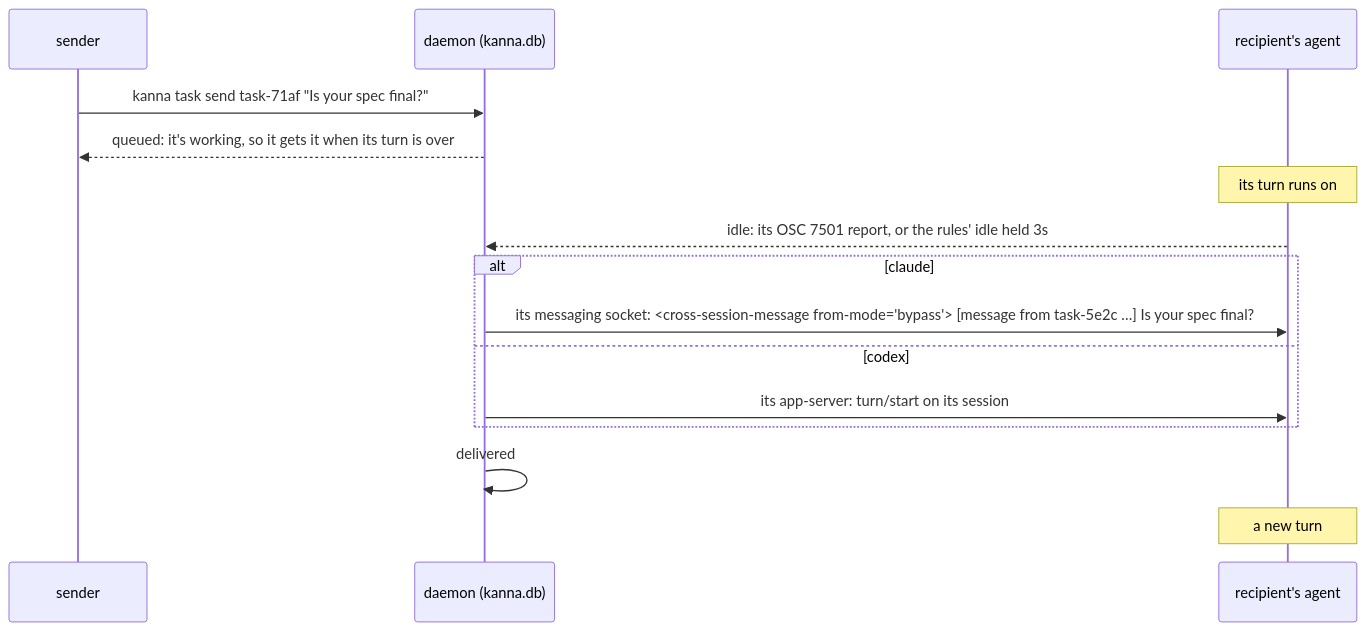
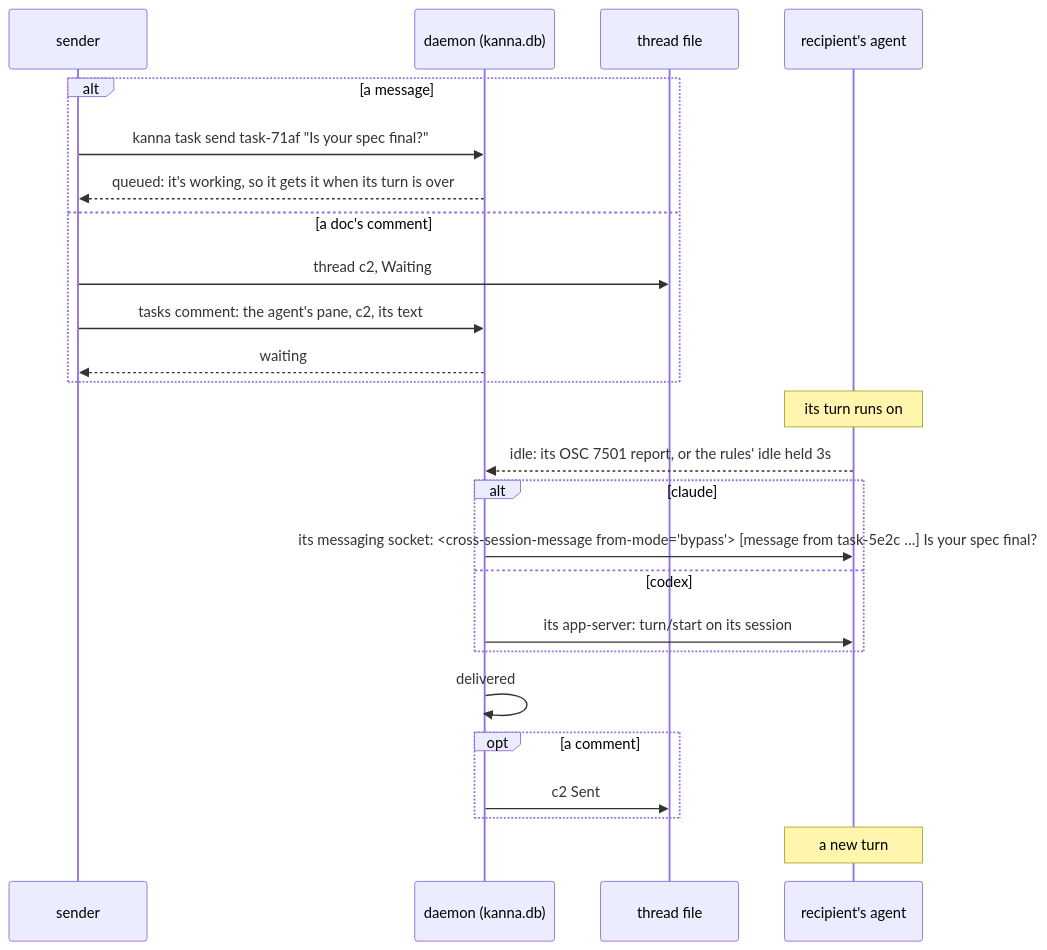
The second of 3 diagrams in docs/specs/agent-messaging.md (tampopogk/kanna), drawn with Mermaid before and after one commit. The commit also changed other lines of this file and 21 other files, not shown here.

````diff
--- a/docs/specs/agent-messaging.md
+++ b/docs/specs/agent-messaging.md
@@ -35,17 +36,27 @@
 ```mermaid
 sequenceDiagram
     participant S as sender
     participant D as daemon (kanna.db)
+    participant F as thread file
     participant T as recipient's agent
-    S->>D: kanna task send task-71af "Is your spec final?"
-    D-->>S: queued: it's working, so it gets it when its turn is over
+    alt a message
+        S->>D: kanna task send task-71af "Is your spec final?"
+        D-->>S: queued: it's working, so it gets it when its turn is over
+    else a doc's comment
+        S->>F: thread c2, Waiting
+        S->>D: tasks comment: the agent's pane, c2, its text
+        D-->>S: waiting
+    end
     Note over T: its turn runs on
     T-->>D: idle: its OSC 7501 report, or the rules' idle held 3s
     alt claude
         D->>T: its messaging socket: <cross-session-message from-mode="bypass"> [message from task-5e2c …] Is your spec final?
     else codex
         D->>T: its app-server: turn/start on its session
     end
     D->>D: delivered
+    opt a comment
+        D->>F: c2 Sent
+    end
     Note over T: a new turn
 ```
````
